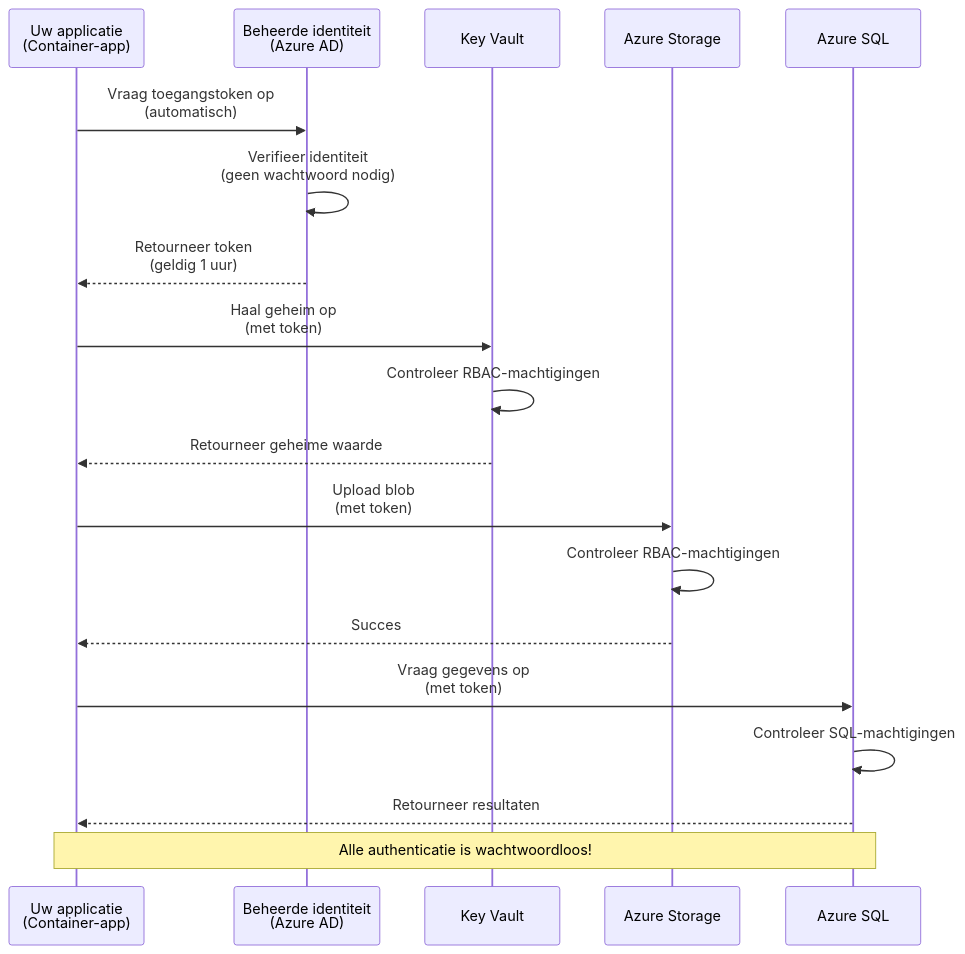
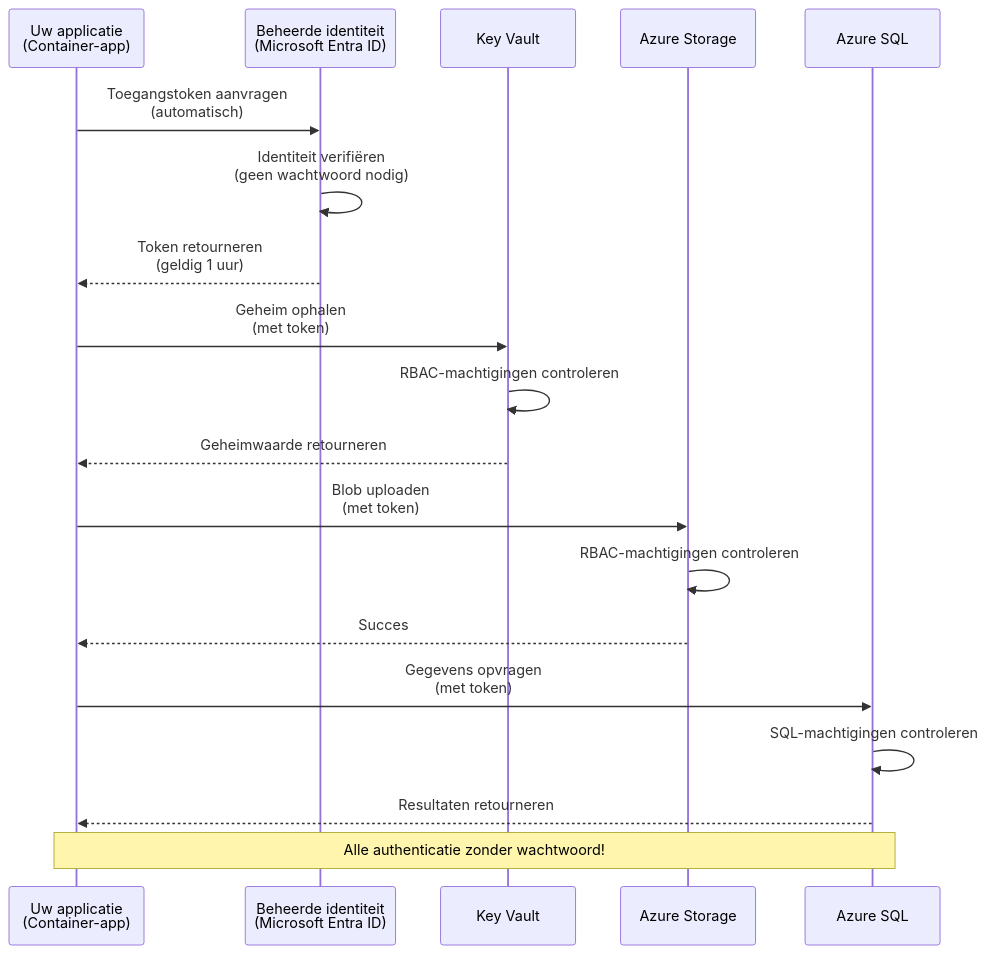
Before and after one commit to microsoft/AZD-for-beginners: the first of 2 diagrams in translations/nl/docs/chapter-03-configuration/authsecurity.md, drawn with Mermaid. The commit also changed other lines of this file and 104 other files, not shown here.

````diff
--- a/translations/nl/docs/chapter-03-configuration/authsecurity.md
+++ b/translations/nl/docs/chapter-03-configuration/authsecurity.md
@@ -69,26 +69,26 @@
 ```mermaid
 sequenceDiagram
     participant App as Uw applicatie<br/>(Container-app)
-    participant MI as Beheerde identiteit<br/>(Azure AD)
+    participant MI as Beheerde identiteit<br/>(Microsoft Entra ID)
     participant KV as Key Vault
     participant Storage as Azure Storage
     participant DB as Azure SQL
     
-    App->>MI: Vraag toegangstoken op<br/>(automatisch)
-    MI->>MI: Verifieer identiteit<br/>(geen wachtwoord nodig)
-    MI-->>App: Retourneer token<br/>(geldig 1 uur)
+    App->>MI: Toegangstoken aanvragen<br/>(automatisch)
+    MI->>MI: Identiteit verifiëren<br/>(geen wachtwoord nodig)
+    MI-->>App: Token retourneren<br/>(geldig 1 uur)
     
-    App->>KV: Haal geheim op<br/>(met token)
-    KV->>KV: Controleer RBAC-machtigingen
-    KV-->>App: Retourneer geheime waarde
+    App->>KV: Geheim ophalen<br/>(met token)
+    KV->>KV: RBAC-machtigingen controleren
+    KV-->>App: Geheimwaarde retourneren
     
-    App->>Storage: Upload blob<br/>(met token)
-    Storage->>Storage: Controleer RBAC-machtigingen
+    App->>Storage: Blob uploaden<br/>(met token)
+    Storage->>Storage: RBAC-machtigingen controleren
     Storage-->>App: Succes
     
-    App->>DB: Vraag gegevens op<br/>(met token)
-    DB->>DB: Controleer SQL-machtigingen
-    DB-->>App: Retourneer resultaten
+    App->>DB: Gegevens opvragen<br/>(met token)
+    DB->>DB: SQL-machtigingen controleren
+    DB-->>App: Resultaten retourneren
     
-    Note over App,DB: Alle authenticatie is wachtwoordloos!
+    Note over App,DB: Alle authenticatie zonder wachtwoord!
 ```
````
